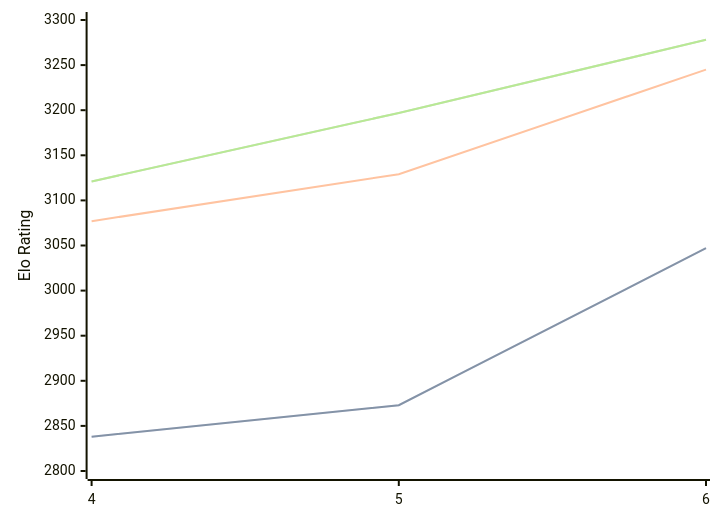
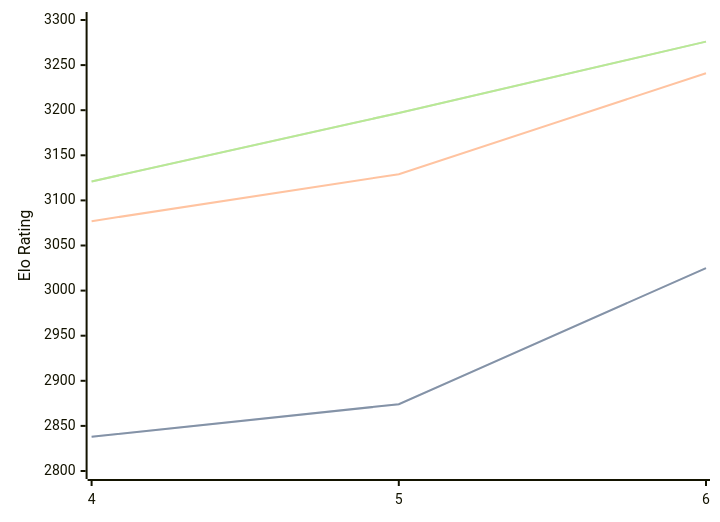
The first of 3 diagrams in engines/Cwtch.md (computer-chess-index/cci), drawn with Mermaid before and after one commit. The commit also changed other lines of this file, not shown here.

Commit message:
Update CCI Ratings (ELO VLTC) - 2026-07-11

````diff
--- a/engines/Cwtch.md
+++ b/engines/Cwtch.md
@@ -36,11 +36,11 @@
 ```mermaid
 %%{init: {"theme":"base","themeVariables":{"seriesColors:['#a3a3a3','#222221','#faa371']}}}%%
 xychart-beta
   x-axis ["4", "5", "6"]
   y-axis "Elo Rating" 2800 --> 3300
-  line "STC (8.0+0.08s)" [2838, 2873, 3047]
-  line "STC (8.0+0.08s)" [2838, 2873, 3047]
-  line "LTC (60.0+0.60s)" [3077, 3129, 3245]
-  line "VLTC (2m24s+1.12s)" [3121, 3197, 3278]
-  line "VLTC (2m24s+1.12s)" [3121, 3197, 3278]
+  line "STC (8.0+0.08s)" [2838, 2874, 3025]
+  line "STC (8.0+0.08s)" [2838, 2874, 3025]
+  line "LTC (60.0+0.60s)" [3077, 3129, 3241]
+  line "VLTC (2m24s+1.12s)" [3121, 3197, 3276]
+  line "VLTC (2m24s+1.12s)" [3121, 3197, 3276]
 ```
````
